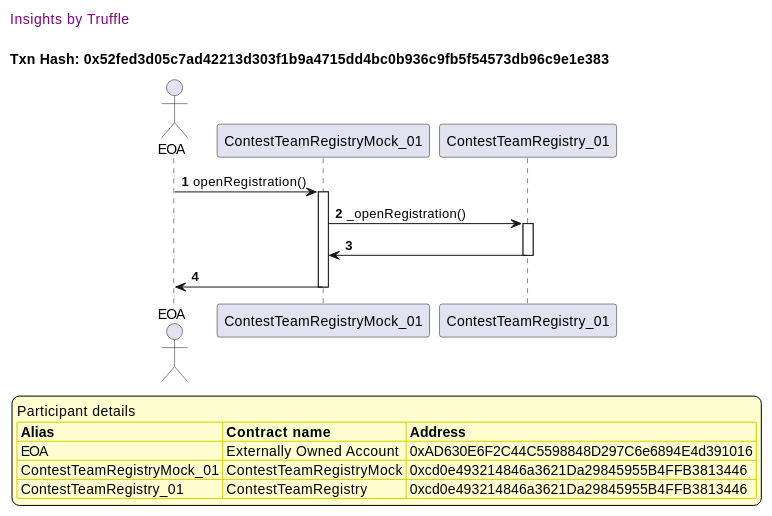
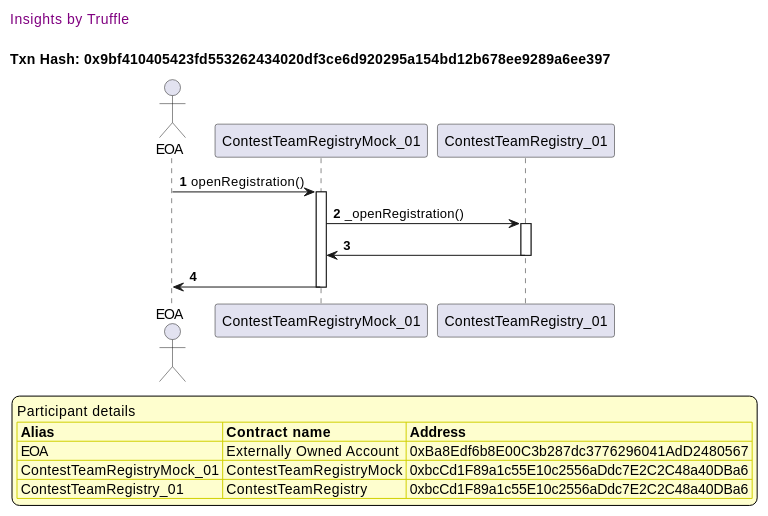
The third of 50 diagrams in truffle-seq/core_contestteamregistry.md (fodisi/hackapay), drawn with PlantUML before and after one commit. The commit also changed other lines of this file and 10 other files, not shown here.

````diff
--- a/truffle-seq/core_contestteamregistry.md
+++ b/truffle-seq/core_contestteamregistry.md
@@ -104,41 +104,41 @@
 ```plantuml
 
 
 @startuml
 
 autonumber
 skinparam legendBackgroundColor #FEFECE
 
 <style>
       header {
         HorizontalAlignment left
         FontColor purple
         FontSize 14
         Padding 10
       }
     </style>
 
 header Insights by Truffle
 
-title Txn Hash: 0x52fed3d05c7ad42213d303f1b9a4715dd4bc0b936c9fb5f54573db96c9e1e383
+title Txn Hash: 0x9bf410405423fd553262434020df3ce6d920295a154bd12b678ee9289a6ee397
 
 
 actor EOA as "EOA"
 participant ContestTeamRegistryMock_01 as "ContestTeamRegistryMock_01"
 participant ContestTeamRegistry_01 as "ContestTeamRegistry_01"
 
 "EOA" -> "ContestTeamRegistryMock_01" ++: openRegistration()
 "ContestTeamRegistryMock_01" -> "ContestTeamRegistry_01" ++: _openRegistration()
 "ContestTeamRegistry_01" -> "ContestTeamRegistryMock_01" --: 
 "ContestTeamRegistryMock_01" -> "EOA" --: 
 
 legend
 Participant details
 <#FEFECE,#D0D000>|= Alias |= Contract name |= Address |
-<#FEFECE>| EOA | Externally Owned Account | 0xAD630E6F2C44C5598848D297C6e6894E4d391016 |
-<#FEFECE>| ContestTeamRegistryMock_01 | ContestTeamRegistryMock | 0xcd0e493214846a3621Da29845955B4FFB3813446 |
-<#FEFECE>| ContestTeamRegistry_01 | ContestTeamRegistry | 0xcd0e493214846a3621Da29845955B4FFB3813446 |
+<#FEFECE>| EOA | Externally Owned Account | 0xBa8Edf6b8E00C3b287dc3776296041AdD2480567 |
+<#FEFECE>| ContestTeamRegistryMock_01 | ContestTeamRegistryMock | 0xbcCd1F89a1c55E10c2556aDdc7E2C2C48a40DBa6 |
+<#FEFECE>| ContestTeamRegistry_01 | ContestTeamRegistry | 0xbcCd1F89a1c55E10c2556aDdc7E2C2C48a40DBa6 |
 endlegend
 
 @enduml
 ```
````
